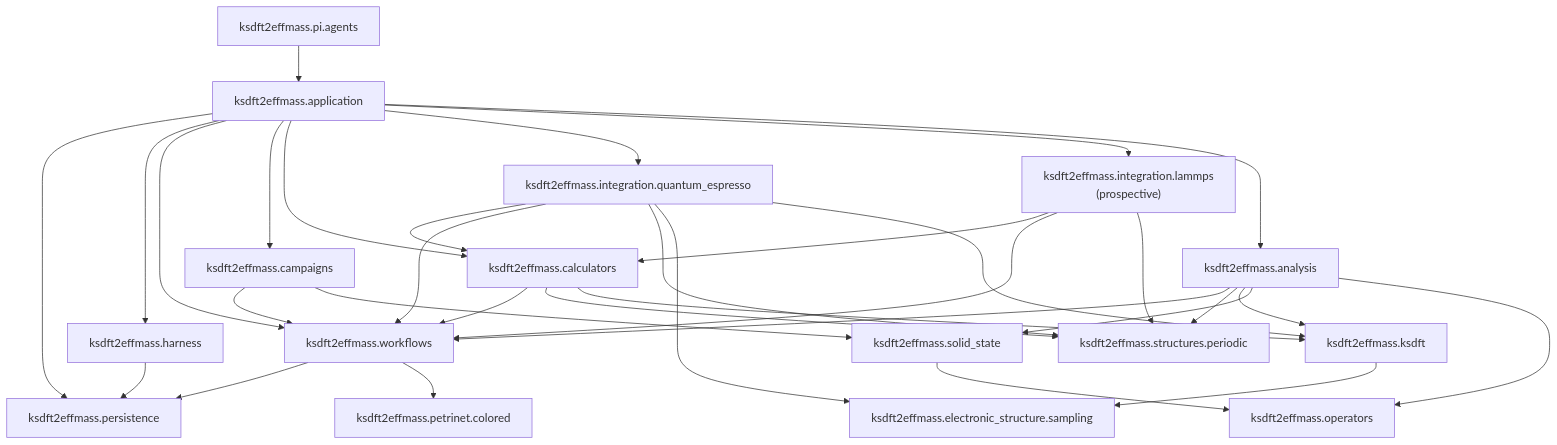
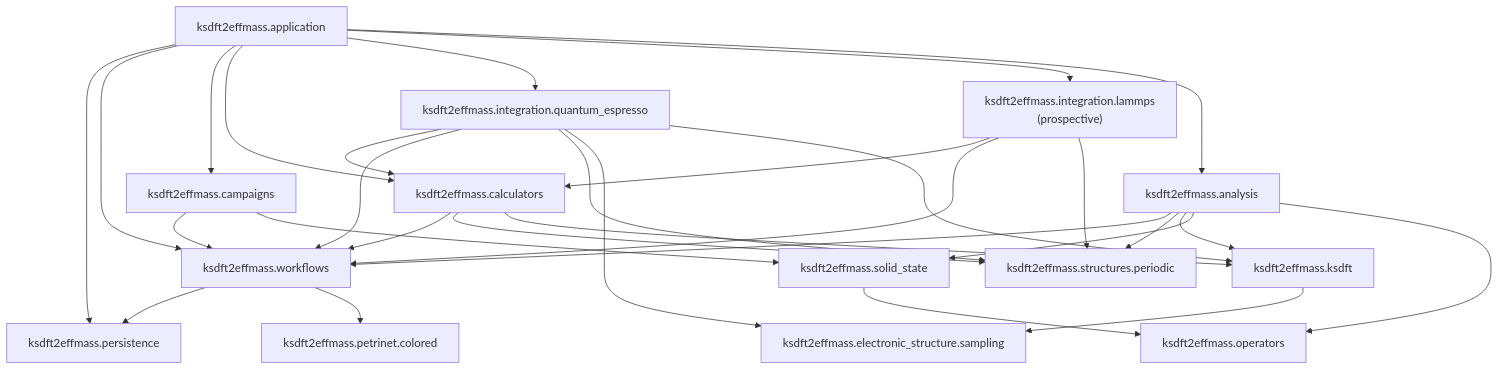
Before and after one commit to eragasa/ksdft2effmass: the diagram in docs/architecture/v2/index.md, drawn with Mermaid. The commit also changed other lines of this file and 1198 other files, not shown here.

Commit message:
refactor: remove repository harness and legacy architecture

````diff
--- a/docs/architecture/v2/index.md
+++ b/docs/architecture/v2/index.md
@@ -7,52 +7,47 @@
 ```mermaid
 flowchart TB
     application["ksdft2effmass.application"]
     persistence["ksdft2effmass.persistence"]
-    harness["ksdft2effmass.harness"]
     workflows["ksdft2effmass.workflows"]
     petrinet["ksdft2effmass.petrinet.colored"]
     campaigns["ksdft2effmass.campaigns"]
     calculators["ksdft2effmass.calculators"]
     qe_integration["ksdft2effmass.integration.quantum_espresso"]
     lammps_integration["ksdft2effmass.integration.lammps<br/>(prospective)"]
     structures["ksdft2effmass.structures.periodic"]
     sampling["ksdft2effmass.electronic_structure.sampling"]
     ksdft["ksdft2effmass.ksdft"]
     operators["ksdft2effmass.operators"]
     solid_state["ksdft2effmass.solid_state"]
     analysis["ksdft2effmass.analysis"]
-    pi_agents["ksdft2effmass.pi.agents"]
 
-    pi_agents --> application
     application --> persistence
-    application --> harness
     application --> workflows
-    harness --> persistence
     workflows --> persistence
     application --> campaigns
     application --> calculators
     application --> qe_integration
     application --> lammps_integration
     application --> analysis
     campaigns --> workflows
     calculators --> workflows
     workflows --> petrinet
     qe_integration --> calculators
     qe_integration --> workflows
     qe_integration --> structures
     qe_integration --> sampling
     qe_integration --> ksdft
     lammps_integration --> calculators
     lammps_integration --> workflows
     lammps_integration --> structures
     calculators --> structures
     calculators --> ksdft
     analysis --> workflows
     analysis --> structures
     analysis --> ksdft
     ksdft --> sampling
     solid_state --> operators
     analysis --> solid_state
     analysis --> operators
     campaigns --> solid_state
 ```
````
